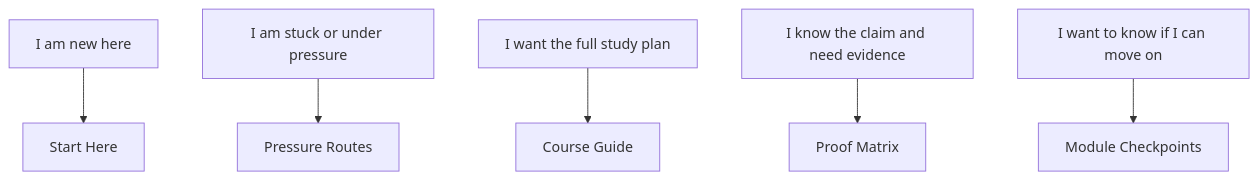
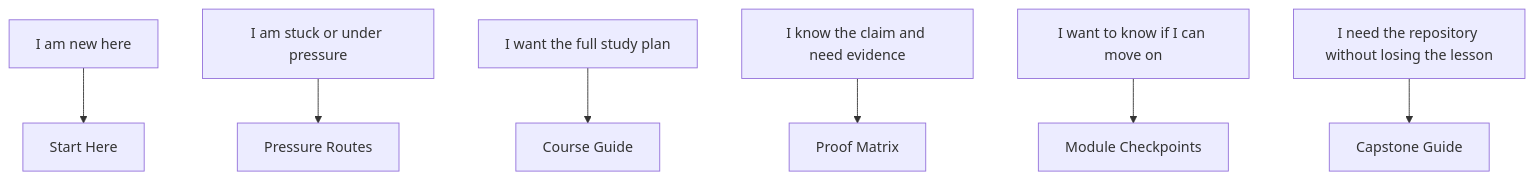
Before and after one commit to bijux/bijux-masterclass: the diagram in programs/reproducible-research/deep-dive-snakemake/course-book/guides/index.md, drawn with Mermaid. The commit also changed other lines of this file, not shown here.

Commit message:
docs(snakemake): strengthen guide shelf routing

````diff
--- a/programs/reproducible-research/deep-dive-snakemake/course-book/guides/index.md
+++ b/programs/reproducible-research/deep-dive-snakemake/course-book/guides/index.md
@@ -51,8 +56,9 @@
 ```mermaid
 flowchart TD
   first["I am new here"] --> start["Start Here"]
   stuck["I am stuck or under pressure"] --> pressure["Pressure Routes"]
   plan["I want the full study plan"] --> course["Course Guide"]
   proof["I know the claim and need evidence"] --> matrix["Proof Matrix"]
   ready["I want to know if I can move on"] --> checkpoints["Module Checkpoints"]
+  capstone["I need the repository without losing the lesson"] --> cap["Capstone Guide"]
 ```
````
